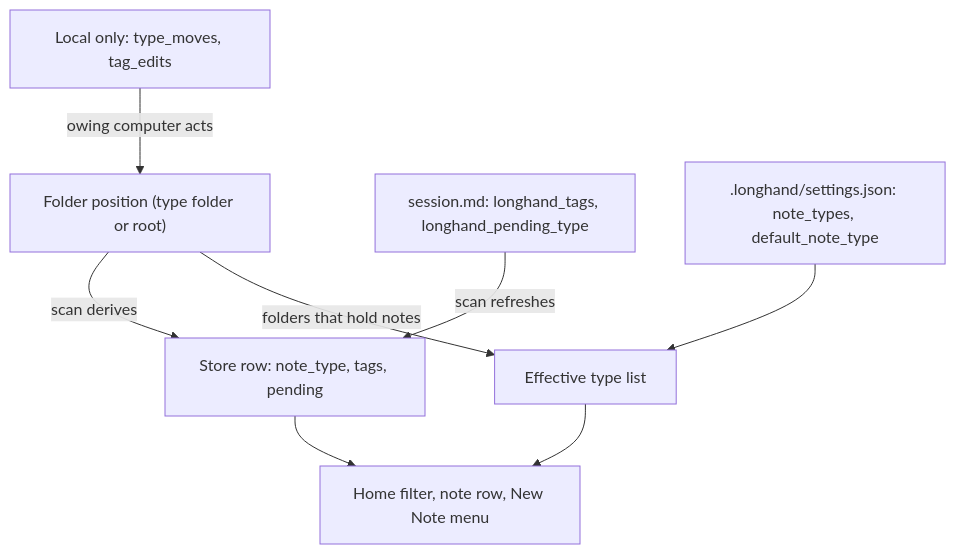
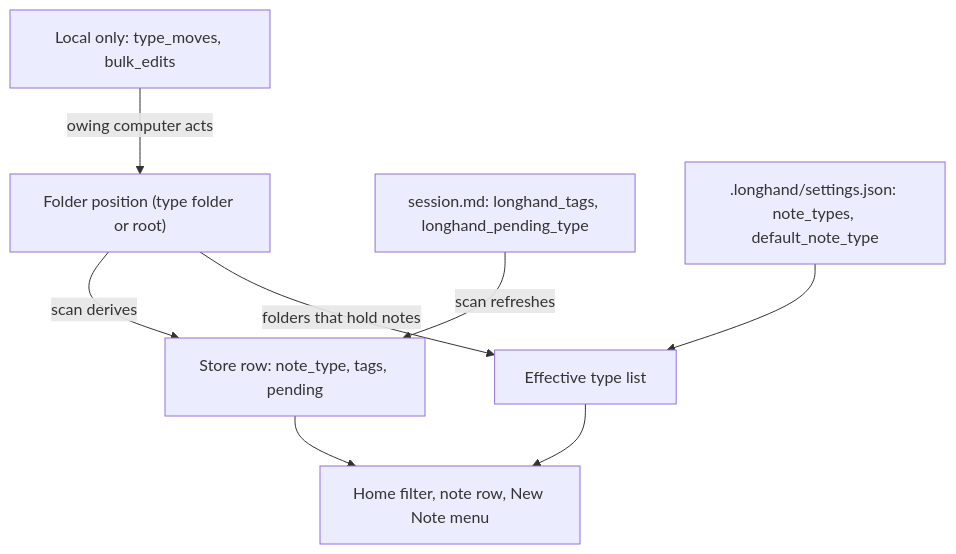
One commit to twistymaze/longhand changed the second of 3 diagrams in docs/plans/2026-10-07-1940-feat-note-types-and-tags-plan.md. Above: the diagram before and after it, drawn with Mermaid. The commit also changed other lines of this file, not shown here.

````diff
--- a/docs/plans/2026-10-07-1940-feat-note-types-and-tags-plan.md
+++ b/docs/plans/2026-10-07-1940-feat-note-types-and-tags-plan.md
@@ -255,10 +256,10 @@
 ```mermaid
 flowchart TB
   F["Folder position (type folder or root)"] -->|"scan derives"| R["Store row: note_type, tags, pending"]
   S["session.md: longhand_tags, longhand_pending_type"] -->|"scan refreshes"| R
   SS[".longhand/settings.json: note_types, default_note_type"] --> E["Effective type list"]
   F -->|"folders that hold notes"| E
   R --> UI["Home filter, note row, New Note menu"]
   E --> UI
-  L["Local only: type_moves, tag_edits"] -->|"owing computer acts"| F
+  L["Local only: type_moves, bulk_edits"] -->|"owing computer acts"| F
 ```
````
